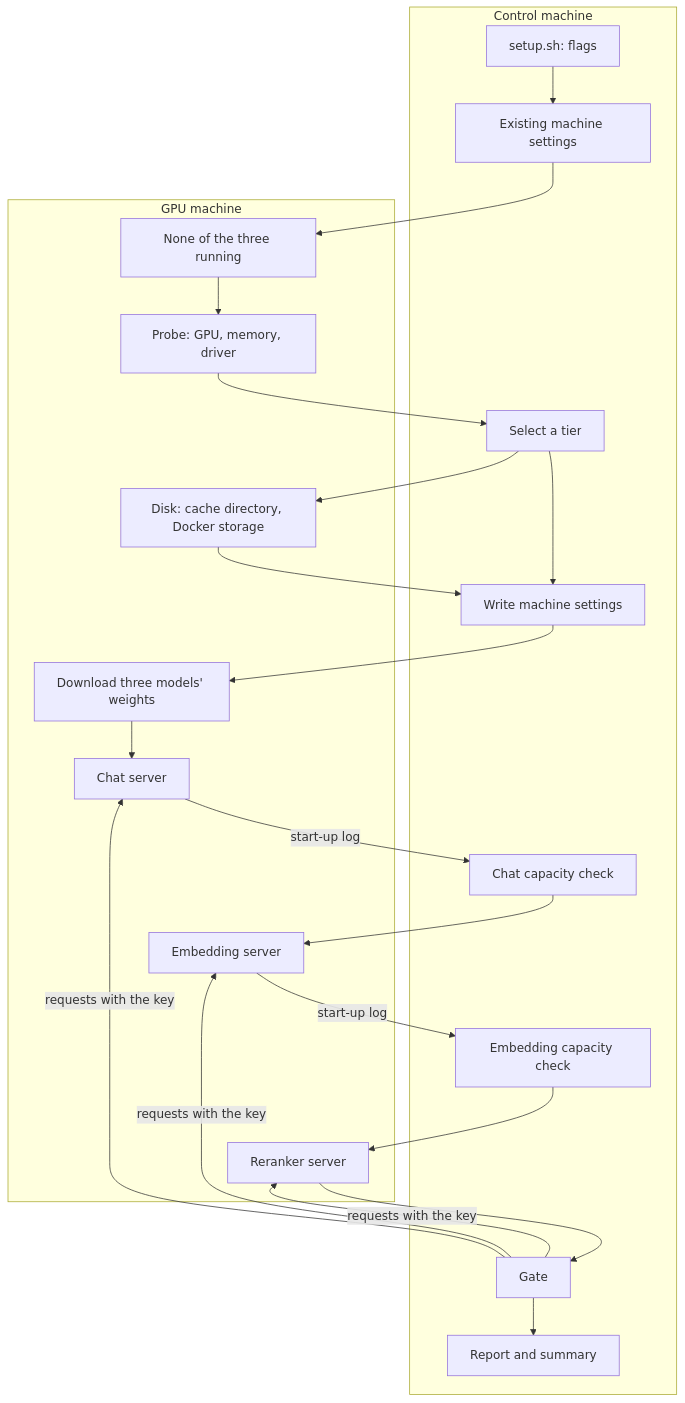
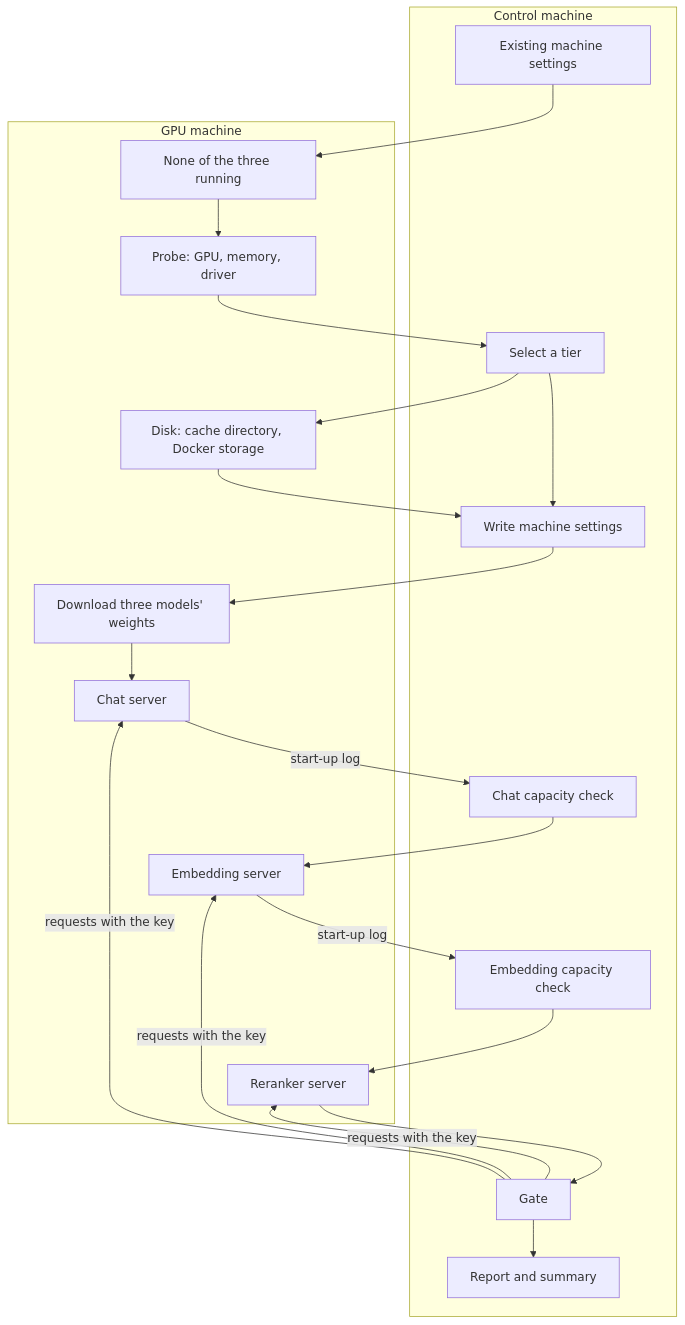
One commit to AndrewPHunter/ai-on-aws changed the second of 3 diagrams in docs/architecture/model-server.md. Above: the diagram before and after it, drawn with Mermaid. The commit also changed other lines of this file and 31 other files, not shown here.

````diff
--- a/docs/architecture/model-server.md
+++ b/docs/architecture/model-server.md
@@ -53,31 +96,31 @@
 ```mermaid
 flowchart TD
     subgraph Control["Control machine"]
-        A["setup.sh: flags"] --> K["Existing machine settings"]
+        K["Existing machine settings"]
         S["Select a tier"]
         S --> W["Write machine settings"]
         C["Chat capacity check"]
         E["Embedding capacity check"]
         G["Gate"] --> R["Report and summary"]
     end
     subgraph GPU["GPU machine"]
         RU["None of the three running"]
         P["Probe: GPU, memory, driver"]
         D["Disk: cache directory, Docker storage"]
         DL["Download three models' weights"]
         V["Chat server"]
         VE["Embedding server"]
         VR["Reranker server"]
     end
     K --> RU --> P --> S
     S --> D --> W
     W --> DL --> V
     V -- "start-up log" --> C
     C --> VE
     VE -- "start-up log" --> E
     E --> VR
     VR --> G
     G -- "requests with the key" --> V
     G -- "requests with the key" --> VE
     G -- "requests with the key" --> VR
 ```
````
